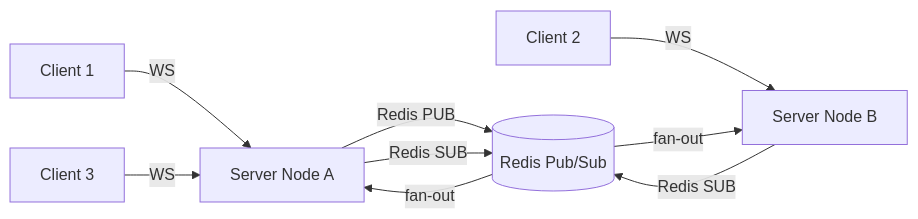
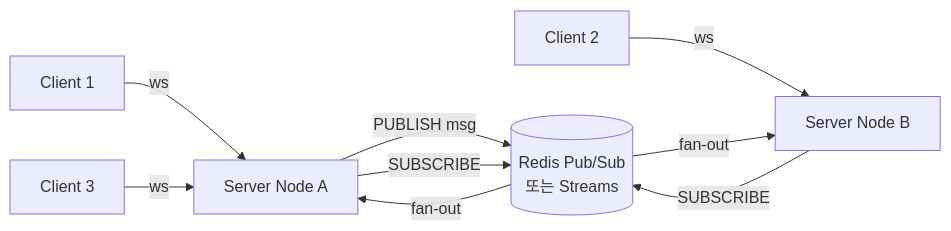
The fourth of 5 diagrams in src/content/wiki/network/websocket.mdx (shinkeonkim/shinkeonkim.github.io), drawn with Mermaid before and after one commit. The commit also changed other lines of this file and 526 other files, not shown here.

First line of the commit message:
content(wiki): 전수조사 및 대규모 보강 (짧은 파일 0, mermaid +645)

````diff
--- a/src/content/wiki/network/websocket.mdx
+++ b/src/content/wiki/network/websocket.mdx
@@ -112,10 +251,12 @@
 ```mermaid
 flowchart LR
-    C1[Client 1] -->|WS| N1[Server Node A]
-    C2[Client 2] -->|WS| N2[Server Node B]
-    C3[Client 3] -->|WS| N1
-    N1 -->|Redis PUB| Redis[(Redis Pub/Sub)]
-    N2 -->|Redis SUB| Redis
-    N1 -->|Redis SUB| Redis
-    Redis -->|fan-out| N1 & N2
+    C1["Client 1"] -->|"ws"| N1["Server Node A"]
+    C2["Client 2"] -->|"ws"| N2["Server Node B"]
+    C3["Client 3"] -->|"ws"| N1
+
+    N1 -->|"PUBLISH msg"| Redis[("Redis Pub/Sub\n또는 Streams")]
+    N2 -->|"SUBSCRIBE"| Redis
+    N1 -->|"SUBSCRIBE"| Redis
+
+    Redis -->|"fan-out"| N1 & N2
 ```
````
